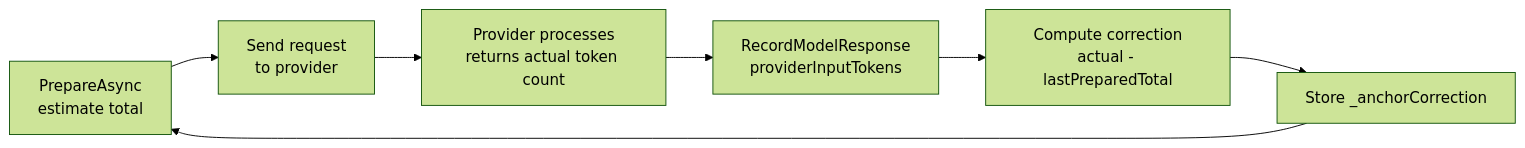
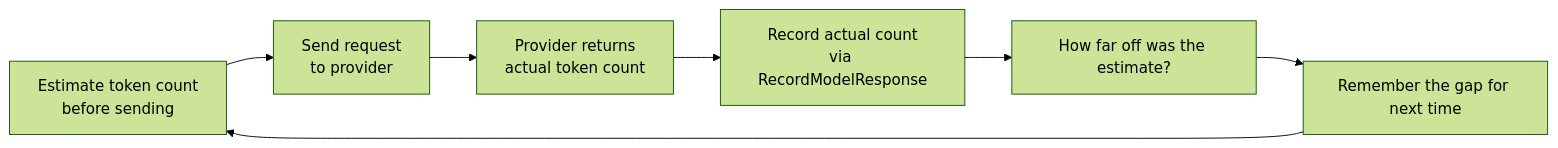
The third of 6 diagrams in docs/deep-dive/context-management.md (svetstoykov/TokenGuard), drawn with Mermaid (forest theme) before and after one commit. The commit also changed other lines of this file, not shown here.

First line of the commit message:
docs: simplify Mermaid diagram labels in context-management.md

````diff
--- a/docs/deep-dive/context-management.md
+++ b/docs/deep-dive/context-management.md
@@ -159,9 +159,9 @@
 ```mermaid
 graph LR
-    A[PrepareAsync\nestimate total] --> B[Send request\nto provider]
-    B --> C[Provider processes\nreturns actual token count]
-    C --> D[RecordModelResponse\nproviderInputTokens]
-    D --> E[Compute correction\nactual - lastPreparedTotal]
-    E --> F[Store _anchorCorrection]
+    A[Estimate token count\nbefore sending] --> B[Send request\nto provider]
+    B --> C[Provider returns\nactual token count]
+    C --> D[Record actual count\nvia RecordModelResponse]
+    D --> E[How far off was the estimate?]
+    E --> F[Remember the gap for next time]
     F --> A
 ```
````
